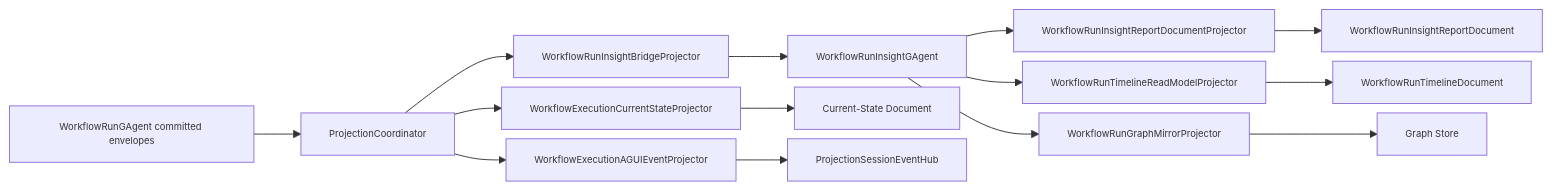
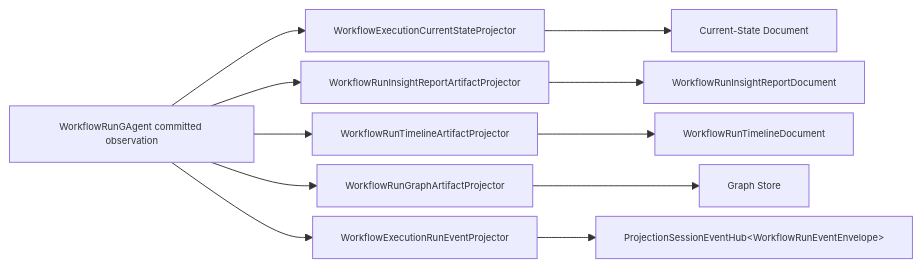
The diagram in src/workflow/Aevatar.Workflow.Projection/README.md (aevatarAI/aevatar), drawn with Mermaid before and after one commit. The commit also changed other lines of this file and 185 other files, not shown here.

Commit message:
Merge workflow snapshot summary from report read model

````diff
--- a/src/workflow/Aevatar.Workflow.Projection/README.md
+++ b/src/workflow/Aevatar.Workflow.Projection/README.md
@@ -30,32 +12,21 @@
 ```mermaid
 %%{init: {"maxTextSize": 100000, "flowchart": {"useMaxWidth": false, "nodeSpacing": 10, "rankSpacing": 50}, "themeVariables": {"fontSize": "10px"}}}%%
 flowchart LR
-  RUN["WorkflowRunGAgent committed envelopes"]
-  COOR["ProjectionCoordinator"]
+  RUN["WorkflowRunGAgent committed observation"]
   CUR["WorkflowExecutionCurrentStateProjector"]
-  BRIDGE["WorkflowRunInsightBridgeProjector"]
-  INSIGHT["WorkflowRunInsightGAgent"]
-  REPORTP["WorkflowRunInsightReportDocumentProjector"]
-  TIMELINEP["WorkflowRunTimelineReadModelProjector"]
-  GRAPHP["WorkflowRunGraphMirrorProjector"]
-  AG["WorkflowExecutionAGUIEventProjector"]
+  REP["WorkflowRunInsightReportArtifactProjector"]
+  TL["WorkflowRunTimelineArtifactProjector"]
+  GRA["WorkflowRunGraphArtifactProjector"]
+  AGUI["WorkflowExecutionRunEventProjector"]
   CURDOC["Current-State Document"]
-  REPORT["WorkflowRunInsightReportDocument"]
-  TIMELINE["WorkflowRunTimelineDocument"]
+  REPDOC["WorkflowRunInsightReportDocument"]
+  TLDOC["WorkflowRunTimelineDocument"]
   GRAPH["Graph Store"]
-  HUB["ProjectionSessionEventHub<WorkflowRunEvent>"]
+  HUB["ProjectionSessionEventHub&lt;WorkflowRunEventEnvelope&gt;"]
 
-  RUN --> COOR
-  COOR --> CUR
-  COOR --> BRIDGE
-  COOR --> AG
-  CUR --> CURDOC
-  BRIDGE --> INSIGHT
-  INSIGHT --> REPORTP
-  INSIGHT --> TIMELINEP
-  INSIGHT --> GRAPHP
-  REPORTP --> REPORT
-  TIMELINEP --> TIMELINE
-  GRAPHP --> GRAPH
-  AG --> HUB
+  RUN --> CUR --> CURDOC
+  RUN --> REP --> REPDOC
+  RUN --> TL --> TLDOC
+  RUN --> GRA --> GRAPH
+  RUN --> AGUI --> HUB
 ```
````
